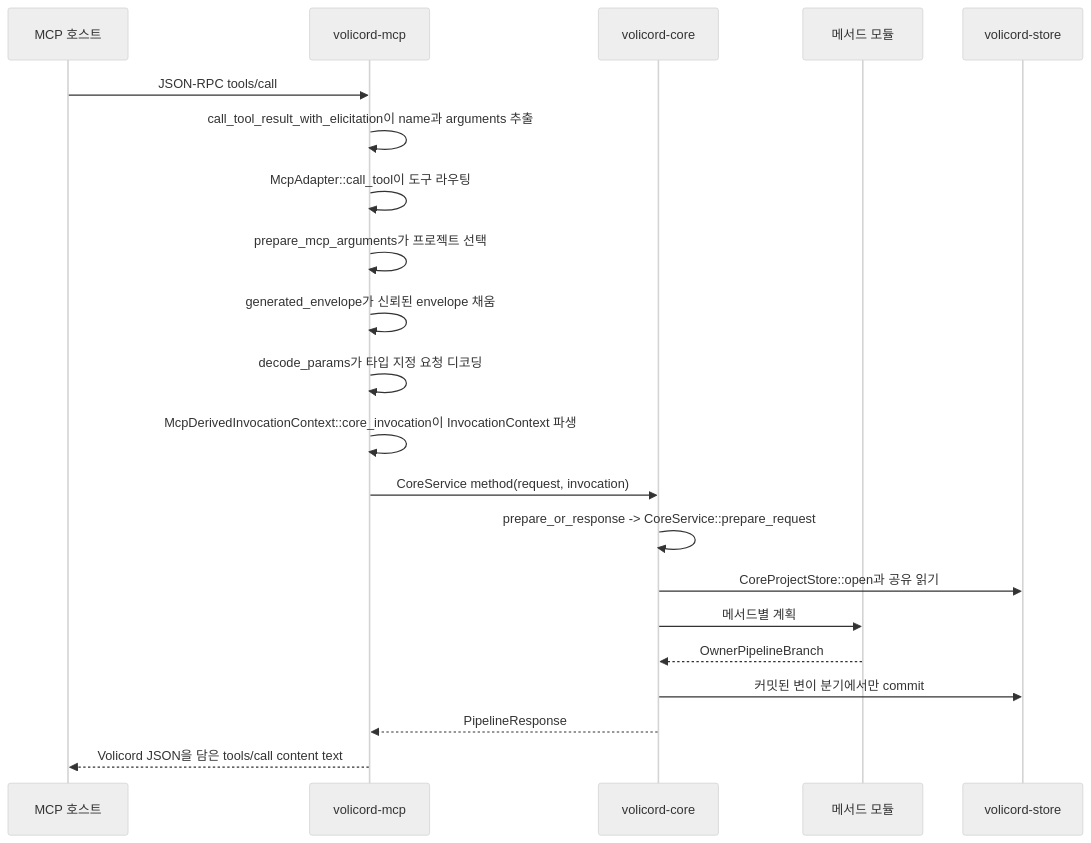
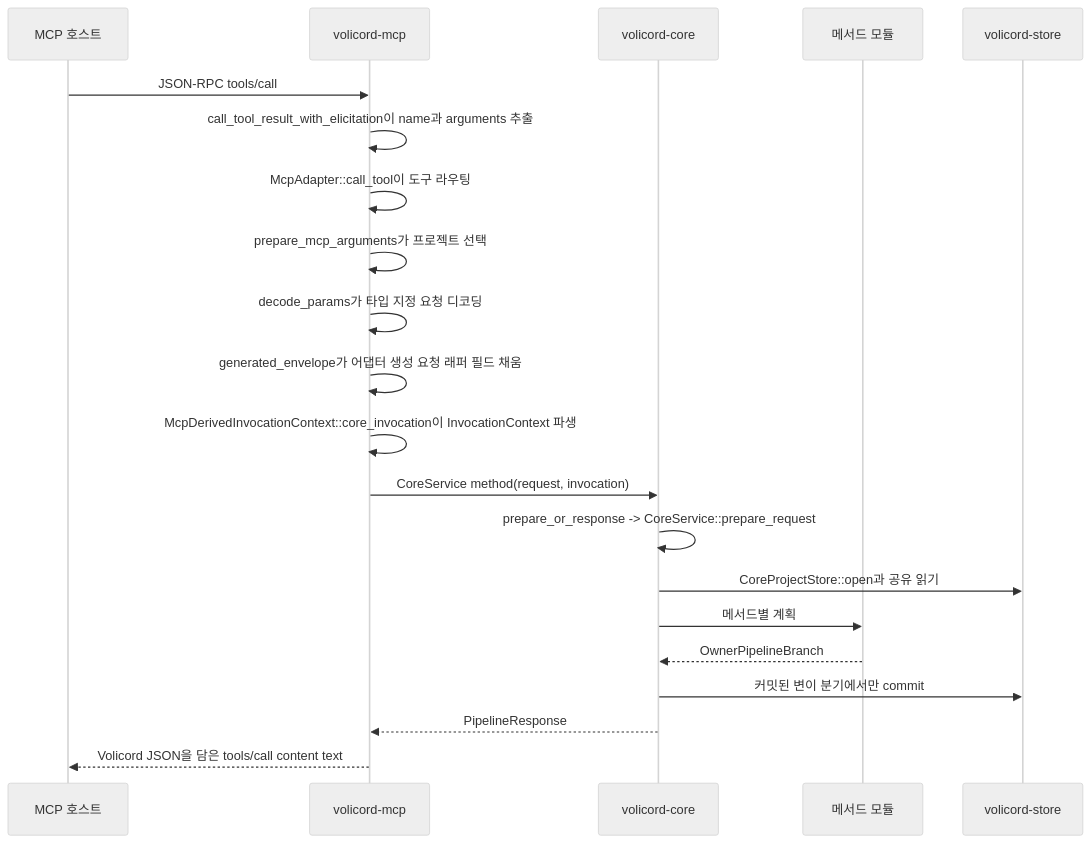
Before and after one commit to minjungw00/Volicord: the diagram in docs/ko/architecture-guide/request-lifecycle.md, drawn with Mermaid (neutral theme). The commit also changed other lines of this file and 24 other files, not shown here.

Commit message:
docs: align architecture guide with source layout

````diff
--- a/docs/ko/architecture-guide/request-lifecycle.md
+++ b/docs/ko/architecture-guide/request-lifecycle.md
@@ -36,24 +36,24 @@
 ```mermaid
 sequenceDiagram
   participant Host as MCP 호스트
   participant MCP as volicord-mcp
   participant Core as volicord-core
   participant Method as 메서드 모듈
   participant Store as volicord-store
 
   Host->>MCP: JSON-RPC tools/call
   MCP->>MCP: call_tool_result_with_elicitation이 name과 arguments 추출
   MCP->>MCP: McpAdapter::call_tool이 도구 라우팅
   MCP->>MCP: prepare_mcp_arguments가 프로젝트 선택
-  MCP->>MCP: generated_envelope가 신뢰된 envelope 채움
   MCP->>MCP: decode_params가 타입 지정 요청 디코딩
+  MCP->>MCP: generated_envelope가 어댑터 생성 요청 래퍼 필드 채움
   MCP->>MCP: McpDerivedInvocationContext::core_invocation이 InvocationContext 파생
   MCP->>Core: CoreService method(request, invocation)
   Core->>Core: prepare_or_response -> CoreService::prepare_request
   Core->>Store: CoreProjectStore::open과 공유 읽기
   Core->>Method: 메서드별 계획
   Method-->>Core: OwnerPipelineBranch
   Core->>Store: 커밋된 변이 분기에서만 commit
   Core-->>MCP: PipelineResponse
   MCP-->>Host: Volicord JSON을 담은 tools/call content text
 ```
````
